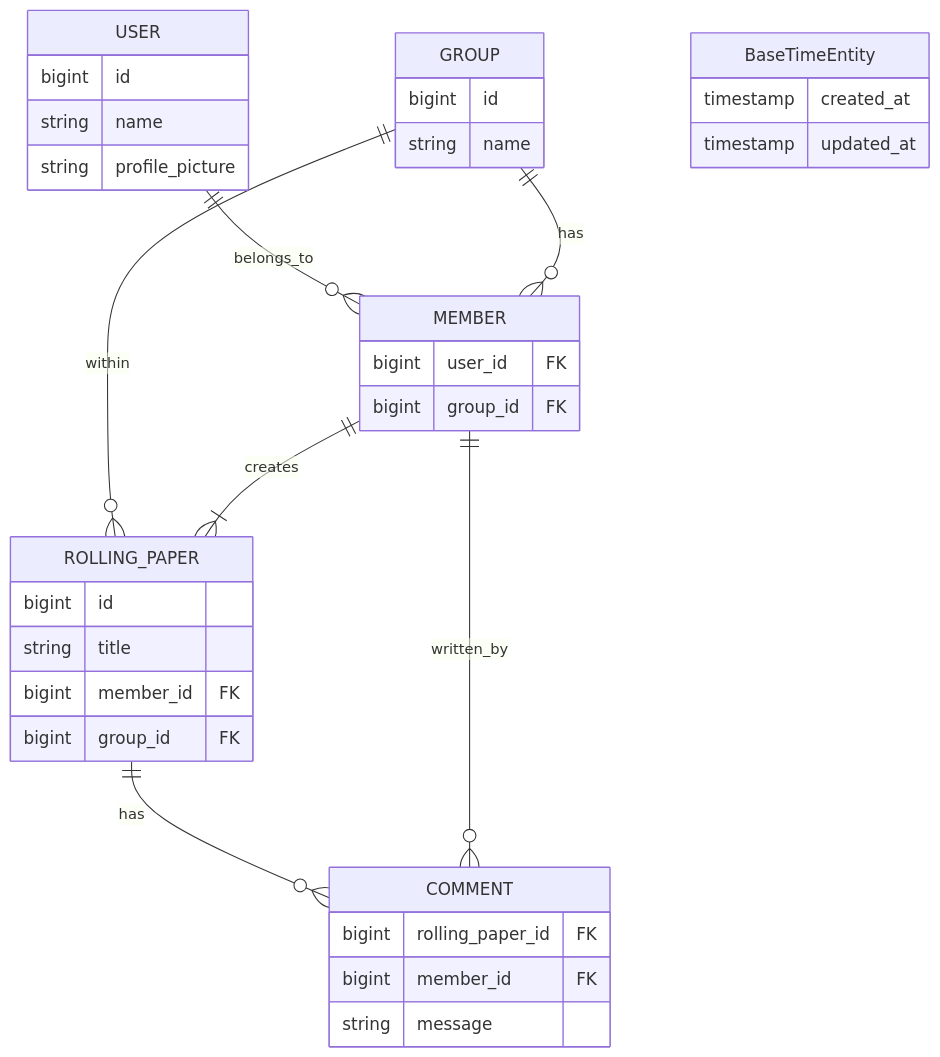
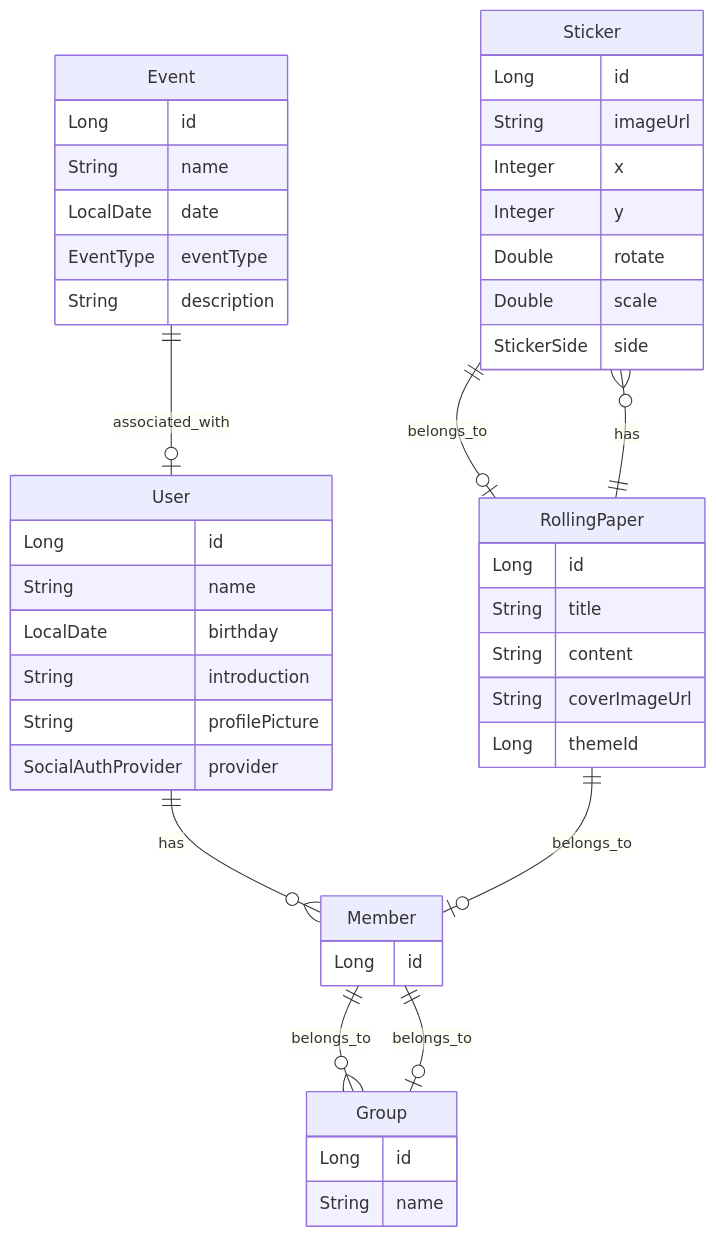
The diagram in docs/toyou-erd.md (Princess-in-silvertown/toyou-server), drawn with Mermaid before and after one commit.

Commit message:
:memo: docs: ERD 수정

````diff
--- a/docs/toyou-erd.md
+++ b/docs/toyou-erd.md
@@ -3,42 +3,55 @@
 ```mermaid
 erDiagram
-    USER ||--o{ MEMBER: belongs_to
-    USER {
-        bigint id
-        string name
-        string profile_picture
+    User {
+        Long id
+        String name
+        LocalDate birthday
+        String introduction
+        String profilePicture
+        SocialAuthProvider provider
     }
 
-    GROUP ||--o{ ROLLING_PAPER: within
-    GROUP {
-        bigint id
-        string name
+    Sticker {
+        Long id
+        String imageUrl
+        Integer x
+        Integer y
+        Double rotate
+        Double scale
+        StickerSide side
     }
 
-    GROUP ||--o{ MEMBER: has
-    MEMBER {
-        bigint user_id FK
-        bigint group_id FK
+    RollingPaper {
+        Long id
+        String title
+        String content
+        String coverImageUrl
+        Long themeId
     }
 
-    MEMBER ||--|{ ROLLING_PAPER: creates
-    ROLLING_PAPER {
-        bigint id
-        string title
-        bigint member_id FK
-        bigint group_id FK
+    Member {
+        Long id
     }
 
-    ROLLING_PAPER ||--o{ COMMENT: has
-    MEMBER ||--o{ COMMENT: written_by
-    COMMENT {
-        bigint rolling_paper_id FK
-        bigint member_id FK
-        string message
+    Group {
+        Long id
+        String name
     }
 
-    BaseTimeEntity {
-        timestamp created_at
-        timestamp updated_at
+    Event {
+        Long id
+        String name
+        LocalDate date
+        EventType eventType
+        String description
     }
+
+    User ||--o{ Member : has
+    Member ||--o{ Group : belongs_to
+    RollingPaper ||--o{ Sticker : has
+    RollingPaper ||--o| Member : belongs_to
+    Member ||--o| Group : belongs_to
+    Sticker ||--o| RollingPaper : belongs_to
+    Event ||--o| User : associated_with
+
 ```
````
